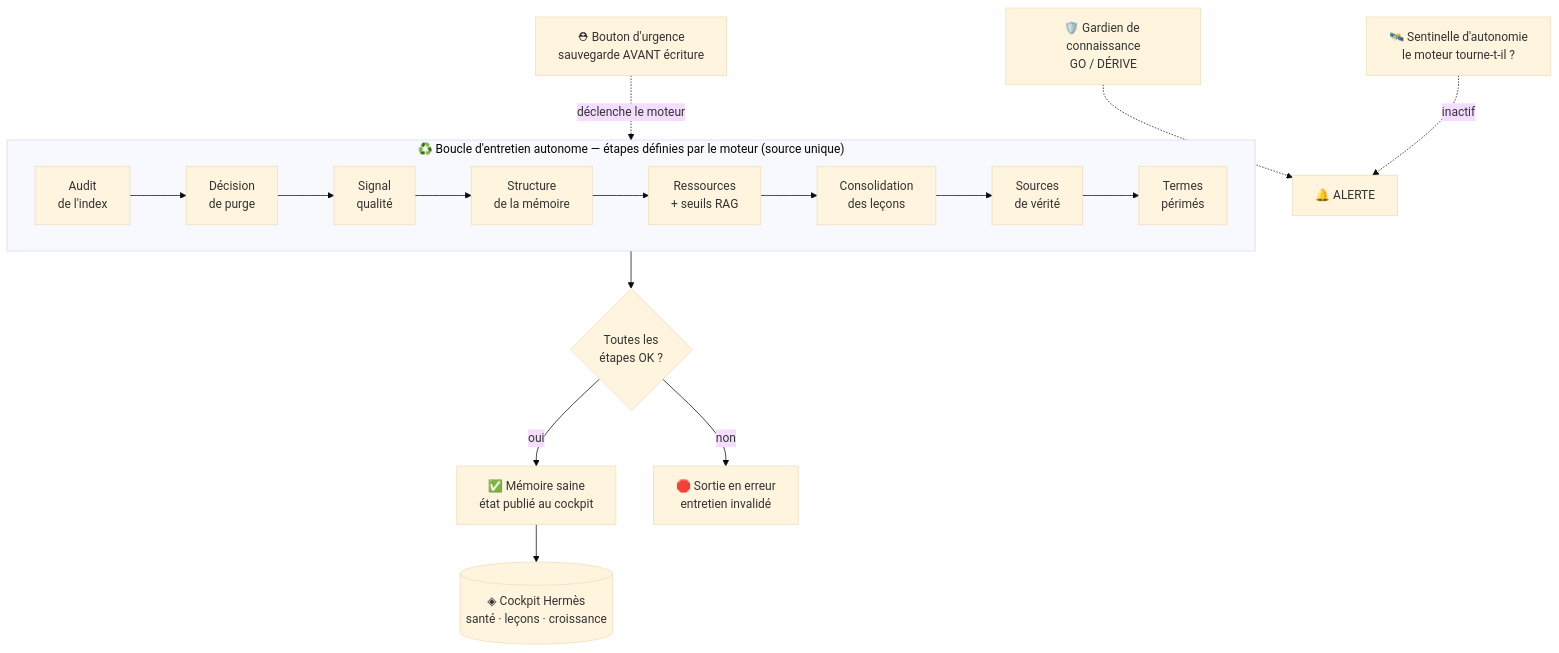
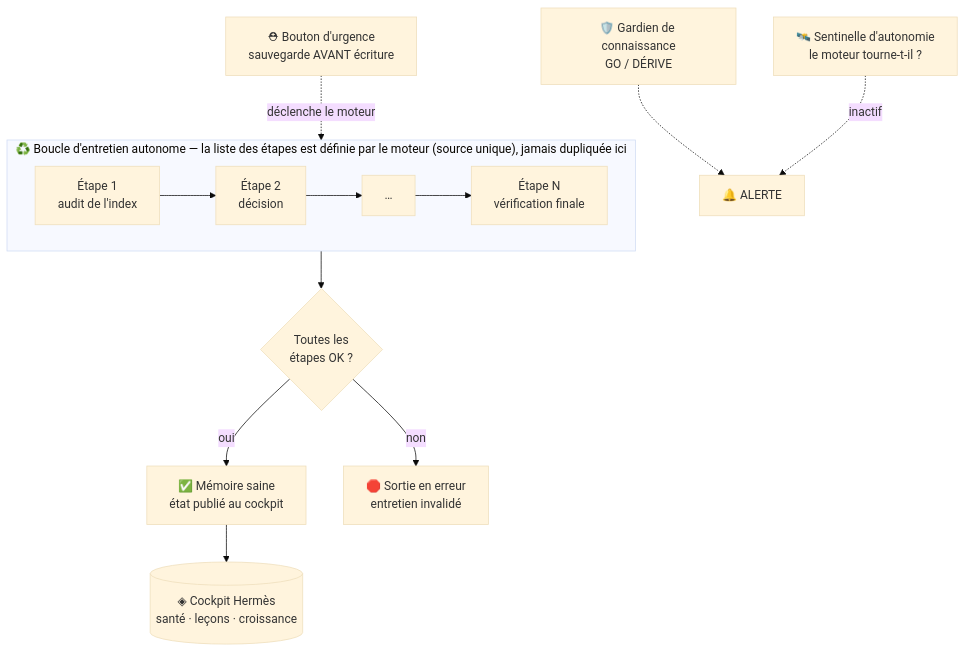
One commit to 0xCyberLiTech/JARVIS changed the third of 3 diagrams in README.md. Above: the diagram before and after it, drawn with Mermaid (base theme). The commit also changed other lines of this file and 3 other files, not shown here.

````diff
--- a/README.md
+++ b/README.md
@@ -349,20 +360,16 @@
 ```mermaid
 flowchart TB
-    subgraph CYCLE["♻️ Boucle d'entretien autonome — étapes définies par le moteur (source unique)"]
+    subgraph CYCLE["♻️ Boucle d'entretien autonome — la liste des étapes est définie par le moteur (source unique), jamais dupliquée ici"]
         direction LR
-        A["Audit<br/>de l'index"] --> B["Décision<br/>de purge"]
-        B --> C["Signal<br/>qualité"]
-        C --> D["Structure<br/>de la mémoire"]
-        D --> E["Ressources<br/>+ seuils RAG"]
-        E --> F["Consolidation<br/>des leçons"]
-        F --> G["Sources<br/>de vérité"]
-        G --> H["Termes<br/>périmés"]
+        A["Étape 1<br/>audit de l'index"] --> B["Étape 2<br/>décision"]
+        B --> C["…"]
+        C --> N["Étape N<br/>vérification finale"]
     end
-    H --> V{"Toutes les<br/>étapes OK ?"}
+    N --> V{"Toutes les<br/>étapes OK ?"}
     V -->|oui| OK["✅ Mémoire saine<br/>état publié au cockpit"]
     V -->|non| ERR["🛑 Sortie en erreur<br/>entretien invalidé"]
     OK --> COCK[("◈ Cockpit Hermès<br/>santé · leçons · croissance")]
     GARD["🛡️ Gardien de connaissance<br/>GO / DÉRIVE"] -.-> ALERT["🔔 ALERTE"]
     SENT["🛰️ Sentinelle d'autonomie<br/>le moteur tourne-t-il ?"] -.->|inactif| ALERT
     URG["⛑ Bouton d'urgence<br/>sauvegarde AVANT écriture"] -.->|déclenche le moteur| A
 ```
````
